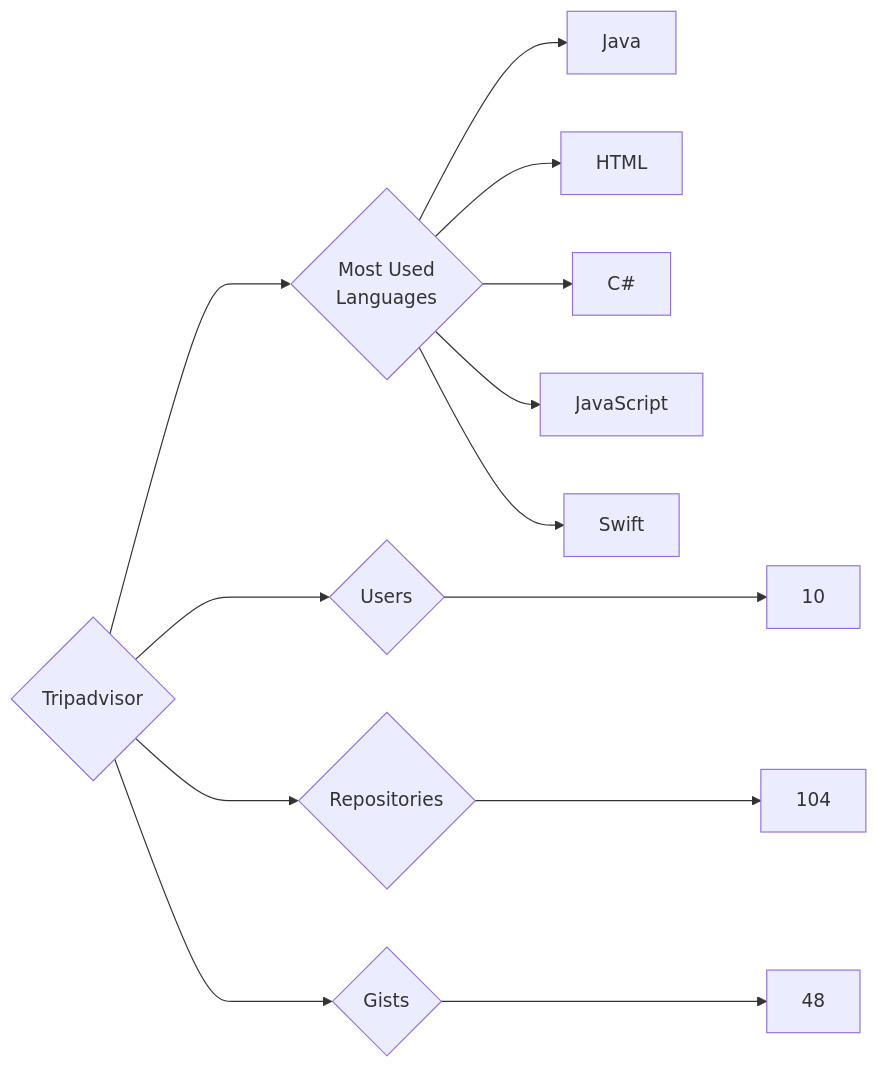
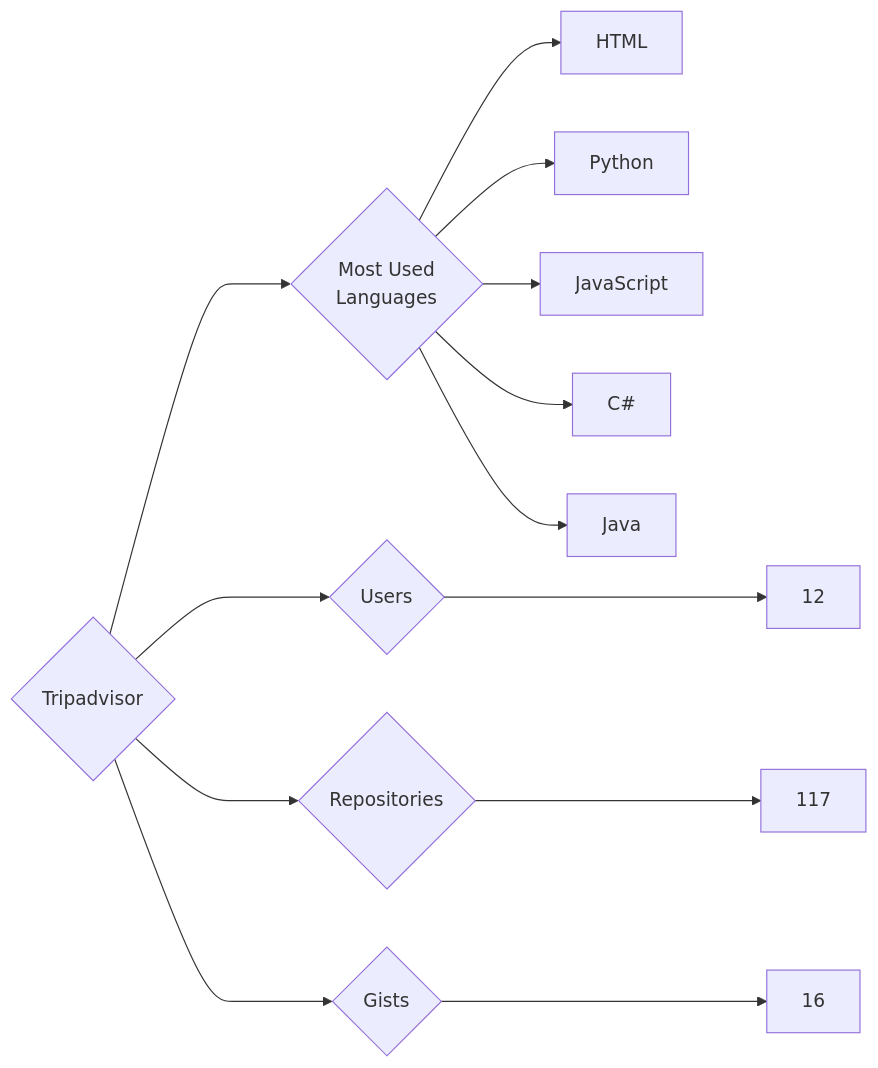
The diagram in targets/Tripadvisor/README.md (trickest/insiders), drawn with Mermaid before and after one commit. The commit also changed 886 other files, not shown here.

````diff
--- a/targets/Tripadvisor/README.md
+++ b/targets/Tripadvisor/README.md
@@ -3,13 +3,13 @@
 ```mermaid
 graph LR
 COMPANY_NAME{Tripadvisor}
-COMPANY_NAME ---> U{Users} ---> UN[10]
-COMPANY_NAME ---> R{Repositories} ---> RN[104]
-COMPANY_NAME ---> G{Gists} ---> GN[48]
+COMPANY_NAME ---> U{Users} ---> UN[12]
+COMPANY_NAME ---> R{Repositories} ---> RN[117]
+COMPANY_NAME ---> G{Gists} ---> GN[16]
 COMPANY_NAME ---> ML{Most Used<br>Languages}
+ML --> HTML[HTML]
+ML --> Python[Python]
+ML --> JavaScript[JavaScript]
+ML --> C#[C#]
 ML --> Java[Java]
-ML --> HTML[HTML]
-ML --> C#[C#]
-ML --> JavaScript[JavaScript]
-ML --> Swift[Swift]
 ```
````
